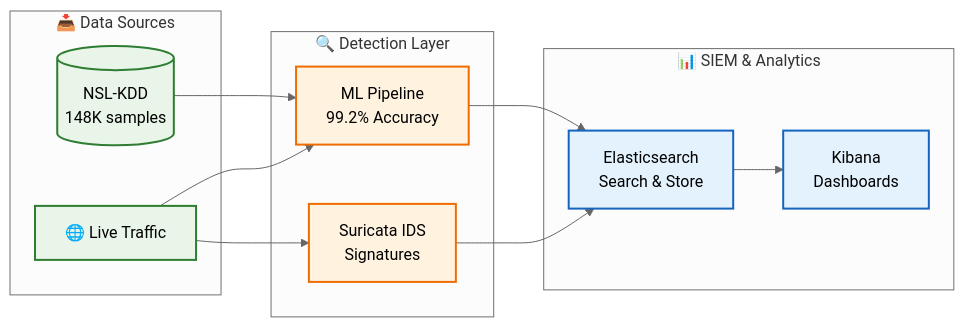
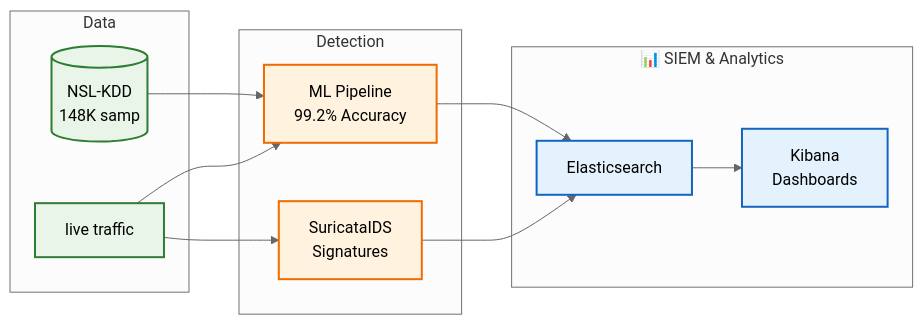
One commit to holdennguyen/suricata-ml-ids changed the diagram in README.md. Above: the diagram before and after it, drawn with Mermaid (neutral theme). The commit also changed other lines of this file and 7 other files, not shown here.

````diff
--- a/README.md
+++ b/README.md
@@ -45,32 +50,32 @@
 ```mermaid
 flowchart LR
-    subgraph INPUT ["📥 Data Sources"]
-        NSL[(NSL-KDD<br/>148K samples)]
-        NET[🌐 Live Traffic]
+    subgraph INPUT ["Data"]
+        NSL[(NSL-KDD<br/>148K samp)]
+        NET[live traffic]
     end
     
-    subgraph DETECTION ["🔍 Detection Layer"]
-        SUR[Suricata IDS<br/>Signatures]
+    subgraph DETECTION ["Detection"]
+        SUR[SuricataIDS<br/>Signatures]
         ML[ML Pipeline<br/>99.2% Accuracy]
     end
     
     subgraph SIEM ["📊 SIEM & Analytics"]
-        ES[Elasticsearch<br/>Search & Store]
+        ES[Elasticsearch]
         KB[Kibana<br/>Dashboards]
     end
     
     NSL --> ML
     NET --> SUR
     NET --> ML
     SUR --> ES
     ML --> ES
     ES --> KB
     
     classDef input fill:#e8f5e8,stroke:#2e7d32,stroke-width:2px
     classDef detection fill:#fff3e0,stroke:#ef6c00,stroke-width:2px
     classDef siem fill:#e3f2fd,stroke:#1565c0,stroke-width:2px
     
     class NSL,NET input
     class SUR,ML detection
     class ES,KB siem
 ```
````
